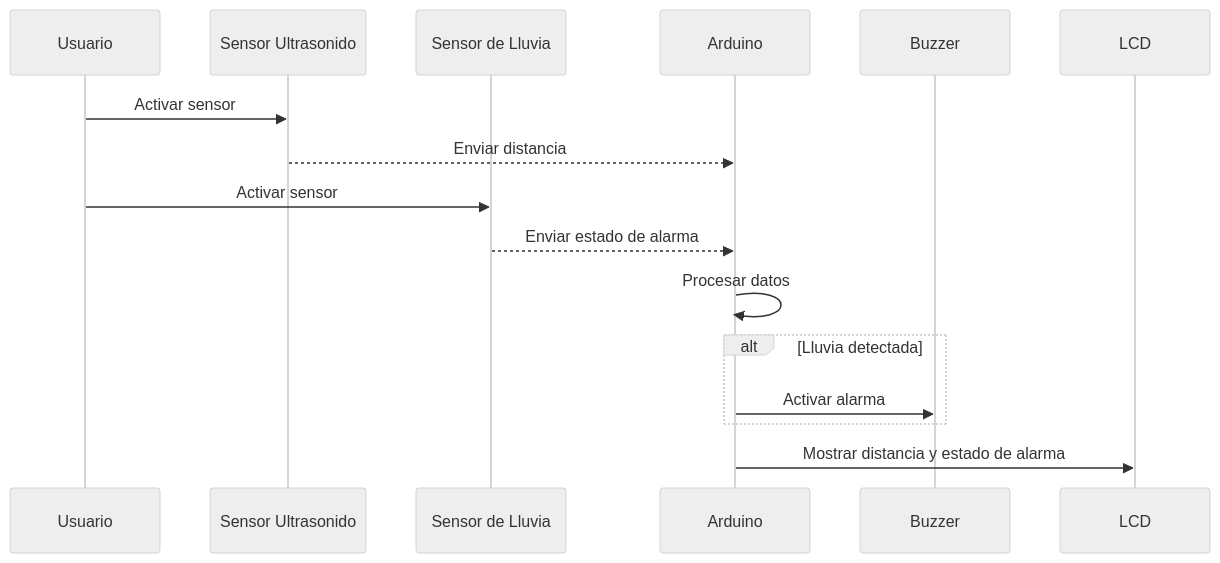
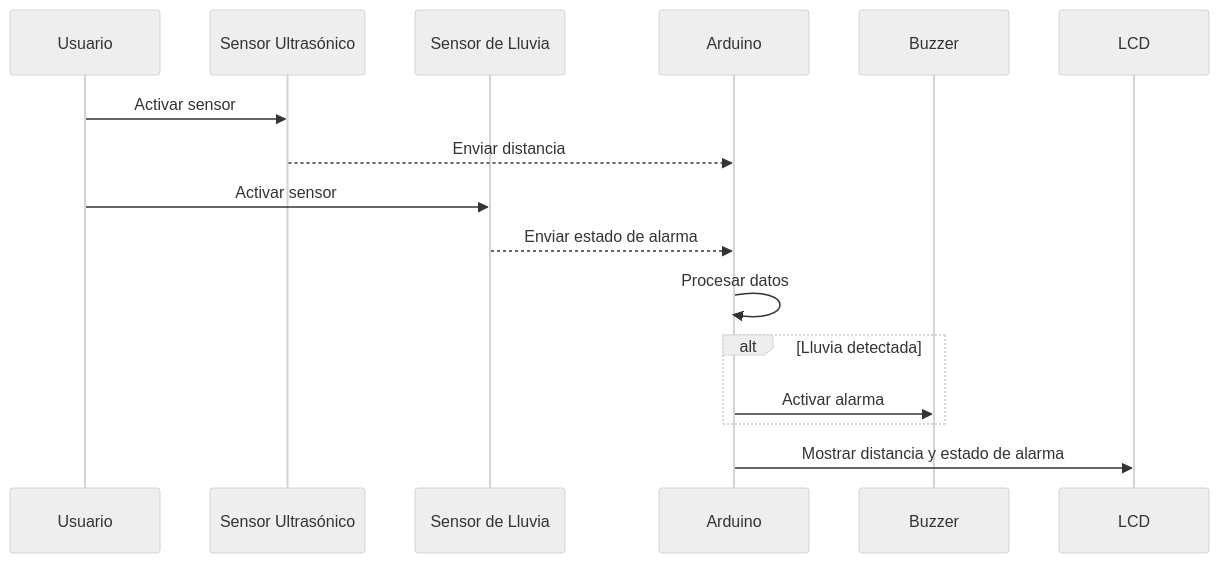
The third of 3 diagrams in README.md (JohnRojas06289/IOT2025), drawn with Mermaid (neutral theme) before and after one commit. The commit also changed other lines of this file, not shown here.

````diff
--- a/README.md
+++ b/README.md
@@ -117,22 +117,22 @@
 ```mermaid
 sequenceDiagram
     participant Usuario
-    participant HC_SR04 as Sensor Ultrasonido
+    participant HC_SR04 as Sensor Ultrasónico
     participant SensorLluvia as Sensor de Lluvia
     participant Arduino
     participant Buzzer
     participant LCD
 
     Usuario->>HC_SR04: Activar sensor
     HC_SR04-->>Arduino: Enviar distancia
     Usuario->>SensorLluvia: Activar sensor
     SensorLluvia-->>Arduino: Enviar estado de alarma
 
     Arduino->>Arduino: Procesar datos
     alt Lluvia detectada
         Arduino->>Buzzer: Activar alarma
     end
 
     Arduino->>LCD: Mostrar distancia y estado de alarma
 
 ```
````
